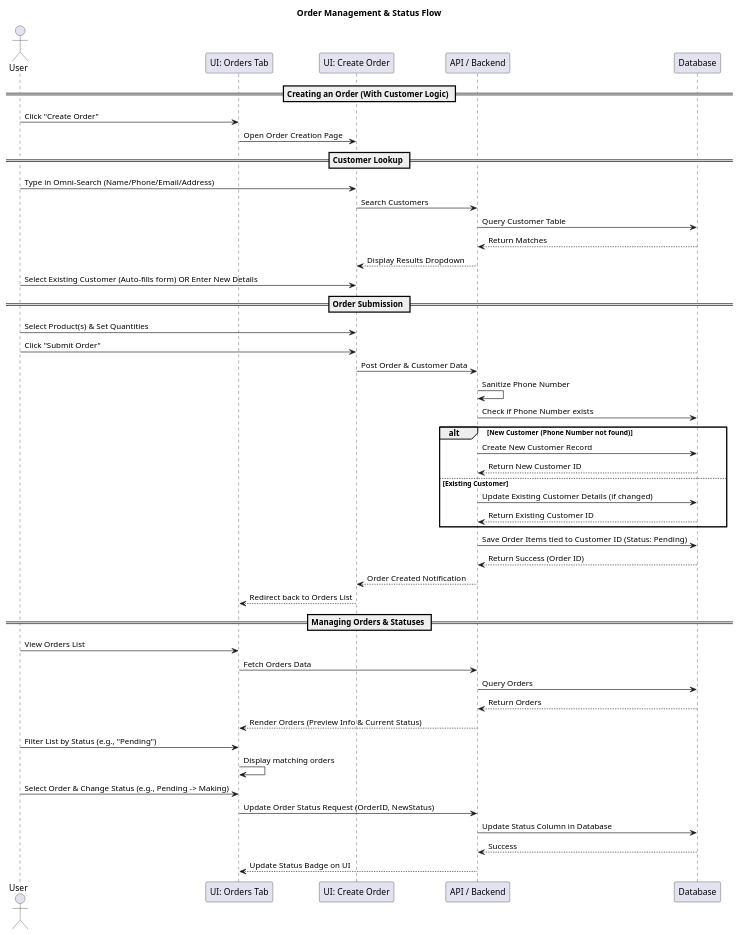
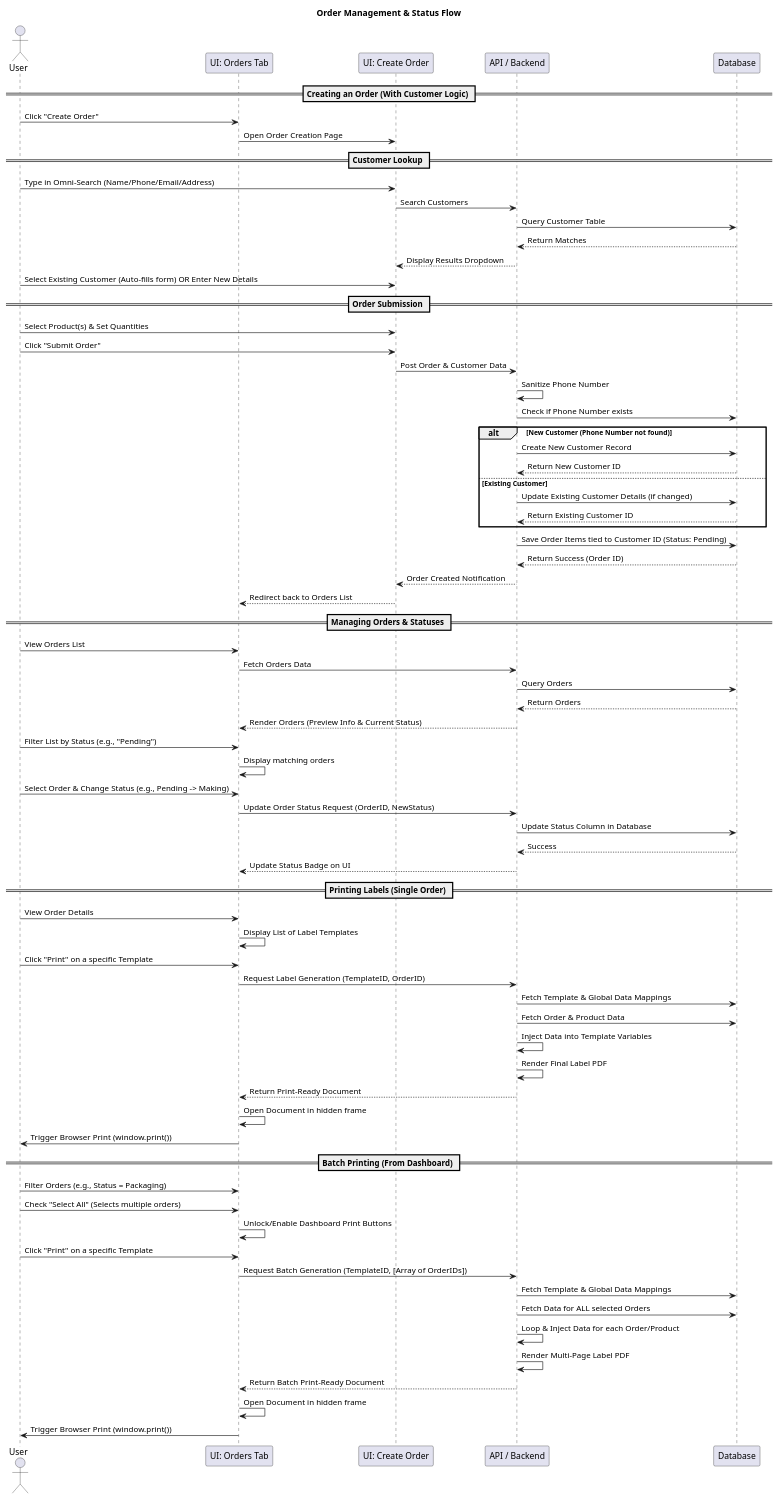
One commit to Mudith-Jayasanka/Stock-Manager changed the diagram in requirements/order_management_flow.puml. Above: the diagram before and after it, drawn with PlantUML. The commit also changed 2 other files, not shown here.

```diff
--- a/requirements/order_management_flow.puml
+++ b/requirements/order_management_flow.puml
@@ -1,59 +1,90 @@
 @startuml
 title Order Management & Status Flow
 
 actor User
 participant "UI: Orders Tab" as UI
 participant "UI: Create Order" as Creator
 participant "API / Backend" as API
 participant "Database" as DB
 
 == Creating an Order (With Customer Logic) ==
 User -> UI: Click "Create Order"
 UI -> Creator: Open Order Creation Page
 
 == Customer Lookup ==
 User -> Creator: Type in Omni-Search (Name/Phone/Email/Address)
 Creator -> API: Search Customers
 API -> DB: Query Customer Table
 DB --> API: Return Matches
 API --> Creator: Display Results Dropdown
 User -> Creator: Select Existing Customer (Auto-fills form) OR Enter New Details
 
 == Order Submission ==
 User -> Creator: Select Product(s) & Set Quantities
 User -> Creator: Click "Submit Order"
 
 Creator -> API: Post Order & Customer Data
 API -> API: Sanitize Phone Number
 API -> DB: Check if Phone Number exists
 
 alt New Customer (Phone Number not found)
     API -> DB: Create New Customer Record
     DB --> API: Return New Customer ID
 else Existing Customer
     API -> DB: Update Existing Customer Details (if changed)
     DB --> API: Return Existing Customer ID
 end
 
 API -> DB: Save Order Items tied to Customer ID (Status: Pending)
 DB --> API: Return Success (Order ID)
 API --> Creator: Order Created Notification
 Creator --> UI: Redirect back to Orders List
 
 == Managing Orders & Statuses ==
 User -> UI: View Orders List
 UI -> API: Fetch Orders Data
 API -> DB: Query Orders
 DB --> API: Return Orders
 API --> UI: Render Orders (Preview Info & Current Status)
 
 User -> UI: Filter List by Status (e.g., "Pending")
 UI -> UI: Display matching orders
 
 User -> UI: Select Order & Change Status (e.g., Pending -> Making)
 UI -> API: Update Order Status Request (OrderID, NewStatus)
 API -> DB: Update Status Column in Database
 DB --> API: Success
 API --> UI: Update Status Badge on UI
 
+== Printing Labels (Single Order) ==
+User -> UI: View Order Details
+UI -> UI: Display List of Label Templates
+User -> UI: Click "Print" on a specific Template
+
+UI -> API: Request Label Generation (TemplateID, OrderID)
+API -> DB: Fetch Template & Global Data Mappings
+API -> DB: Fetch Order & Product Data
+API -> API: Inject Data into Template Variables
+API -> API: Render Final Label PDF
+
+API --> UI: Return Print-Ready Document
+UI -> UI: Open Document in hidden frame
+UI -> User: Trigger Browser Print (window.print())
+
+== Batch Printing (From Dashboard) ==
+User -> UI: Filter Orders (e.g., Status = Packaging)
+User -> UI: Check "Select All" (Selects multiple orders)
+UI -> UI: Unlock/Enable Dashboard Print Buttons
+User -> UI: Click "Print" on a specific Template
+
+UI -> API: Request Batch Generation (TemplateID, [Array of OrderIDs])
+API -> DB: Fetch Template & Global Data Mappings
+API -> DB: Fetch Data for ALL selected Orders
+API -> API: Loop & Inject Data for each Order/Product
+API -> API: Render Multi-Page Label PDF
+
+API --> UI: Return Batch Print-Ready Document
+UI -> UI: Open Document in hidden frame
+UI -> User: Trigger Browser Print (window.print())
+
 @enduml
```
